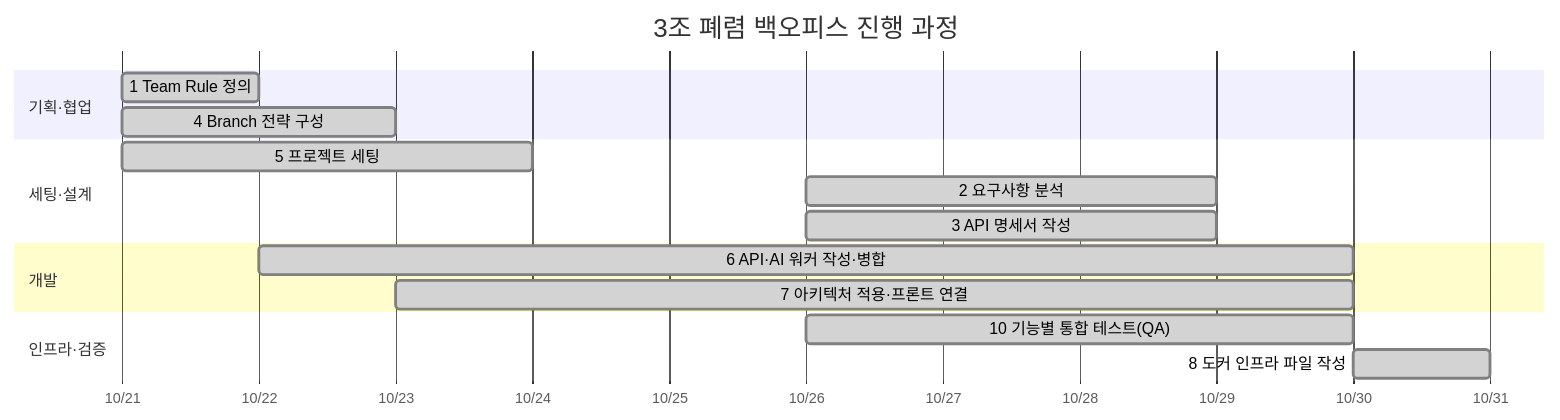
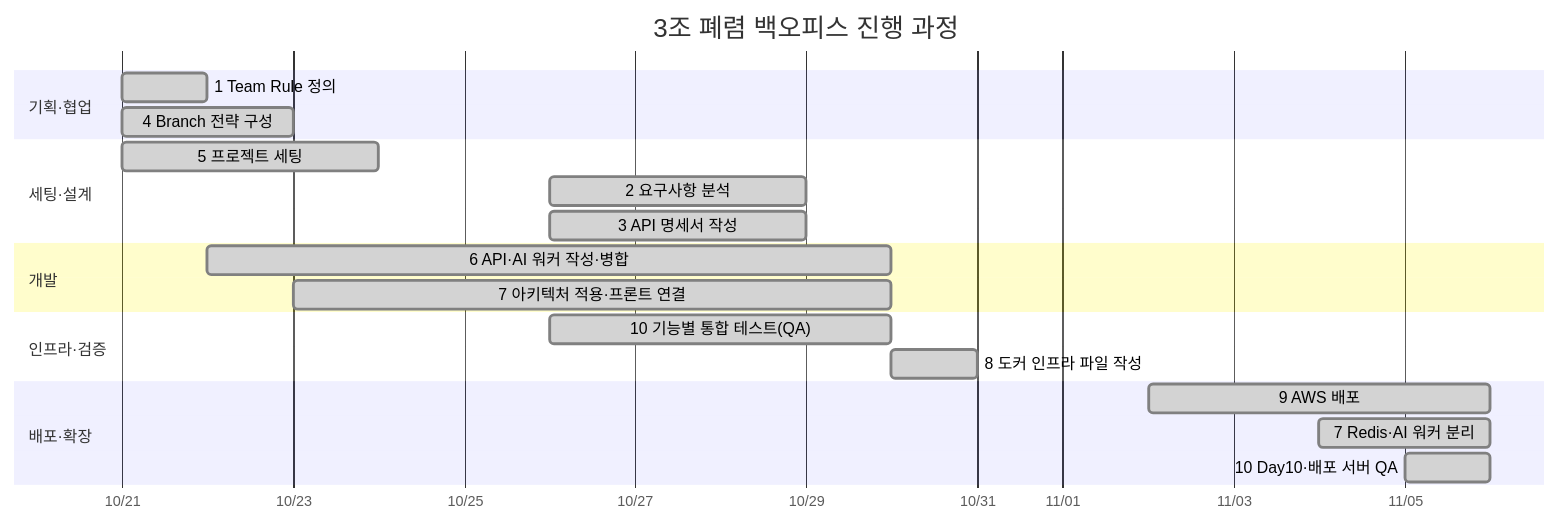
One commit to elin-115/Oz_codingSchool changed the diagram in README.md. Above: the diagram before and after it, drawn with Mermaid. The commit also changed other lines of this file, not shown here.

First line of the commit message:
docs: README 과정 총정리에 AWS 배포·Day10 반영

````diff
--- a/README.md
+++ b/README.md
@@ -23,19 +23,23 @@
 ```mermaid
 gantt
     title 3조 폐렴 백오피스 진행 과정
     dateFormat YYYY-MM-DD
     axisFormat %m/%d
     section 기획·협업
     1 Team Rule 정의            :done, s1, 2026-10-21, 1d
     4 Branch 전략 구성          :done, s4, 2026-10-21, 2d
     section 세팅·설계
     5 프로젝트 세팅             :done, s5, 2026-10-21, 3d
     2 요구사항 분석             :done, s2, 2026-10-26, 3d
     3 API 명세서 작성           :done, s3, 2026-10-26, 3d
     section 개발
     6 API·AI 워커 작성·병합     :done, s6, 2026-10-22, 8d
     7 아키텍처 적용·프론트 연결 :done, s7, 2026-10-23, 7d
     section 인프라·검증
     10 기능별 통합 테스트(QA)   :done, s10, 2026-10-26, 4d
     8 도커 인프라 파일 작성     :done, s8, 2026-10-30, 1d
+    section 배포·확장
+    9 AWS 배포                  :done, s9, 2026-11-02, 4d
+    7 Redis·AI 워커 분리        :done, s7b, 2026-11-04, 2d
+    10 Day10·배포 서버 QA       :done, s10b, 2026-11-05, 1d
 ```
````
